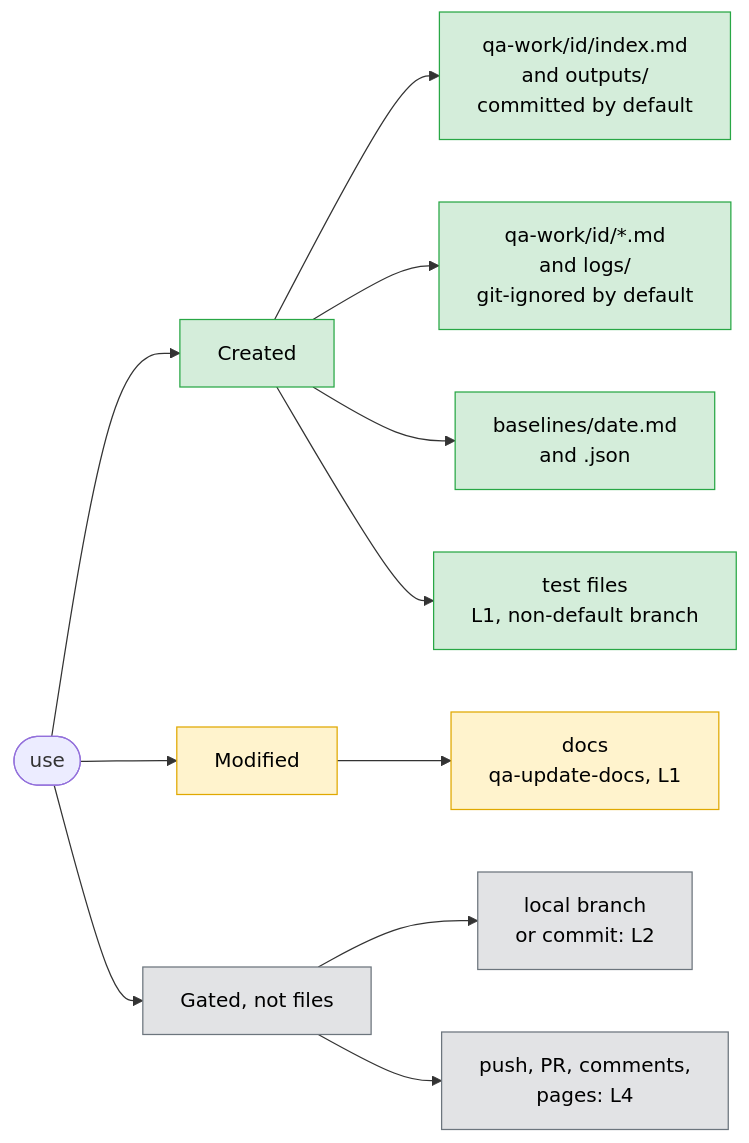
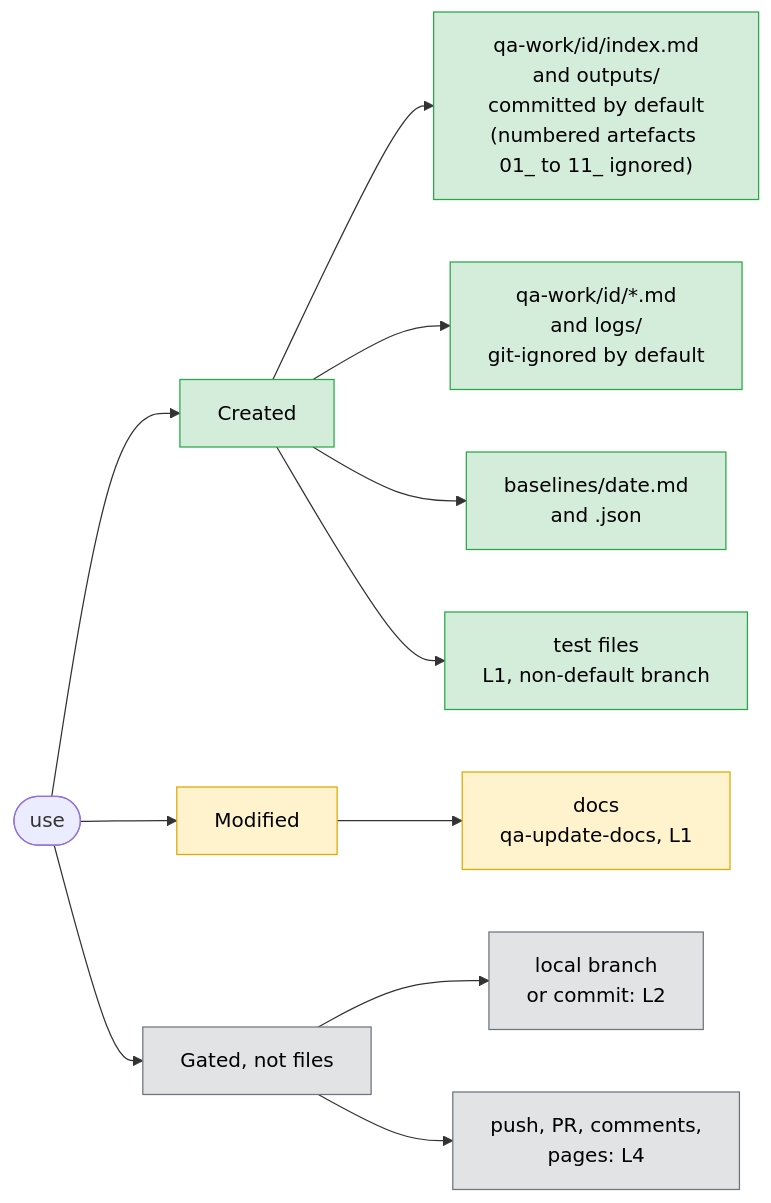
The fourth of 5 diagrams in docs/flows/04-file-lifecycle.md (bmad-kainos/ai-qa), drawn with Mermaid before and after one commit. The commit also changed 33 other files, not shown here.

````diff
--- a/docs/flows/04-file-lifecycle.md
+++ b/docs/flows/04-file-lifecycle.md
@@ -53,20 +53,20 @@
 ```mermaid
 flowchart LR
   U(["use"])
   U --> A["Created"]
   U --> M["Modified"]
   U --> G["Gated, not files"]
-  A --> A1["qa-work/id/index.md<br/>and outputs/<br/>committed by default"]
+  A --> A1["qa-work/id/index.md<br/>and outputs/<br/>committed by default<br/>(numbered artefacts 01_ to 11_ ignored)"]
   A --> A2["qa-work/id/*.md<br/>and logs/<br/>git-ignored by default"]
   A --> A3["baselines/date.md<br/>and .json"]
   A --> A4["test files<br/>L1, non-default branch"]
   M --> M1["docs<br/>qa-update-docs, L1"]
   G --> G1["local branch<br/>or commit: L2"]
   G --> G2["push, PR, comments,<br/>pages: L4"]
   classDef created fill:#d4edda,stroke:#28a745,color:#000
   classDef modified fill:#fff3cd,stroke:#e0a800,color:#000
   classDef gated fill:#e2e3e5,stroke:#6c757d,color:#000
   class A,A1,A2,A3,A4 created
   class M,M1 modified
   class G,G1,G2 gated
 ```
````
